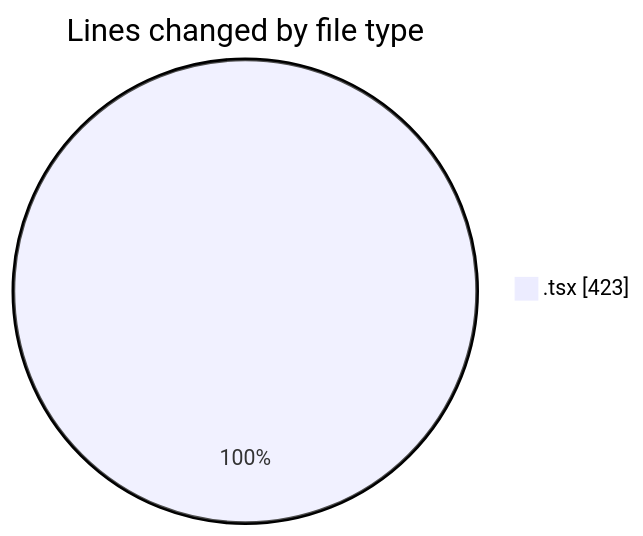
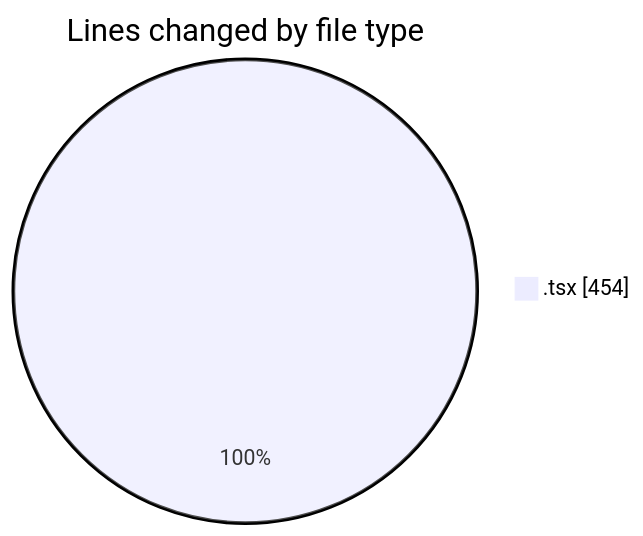
Before and after one commit to robertbonfada/code-tracking: the first of 2 diagrams in 2025-03-10/mbc-web/README.md, drawn with Mermaid. The commit also changed other lines of this file and 1 other file, not shown here.

````diff
--- a/2025-03-10/mbc-web/README.md
+++ b/2025-03-10/mbc-web/README.md
@@ -28,5 +28,5 @@
 ```mermaid
 pie showData
 title Lines changed by file type
-".tsx" : 423
+".tsx" : 454
 ```
````
